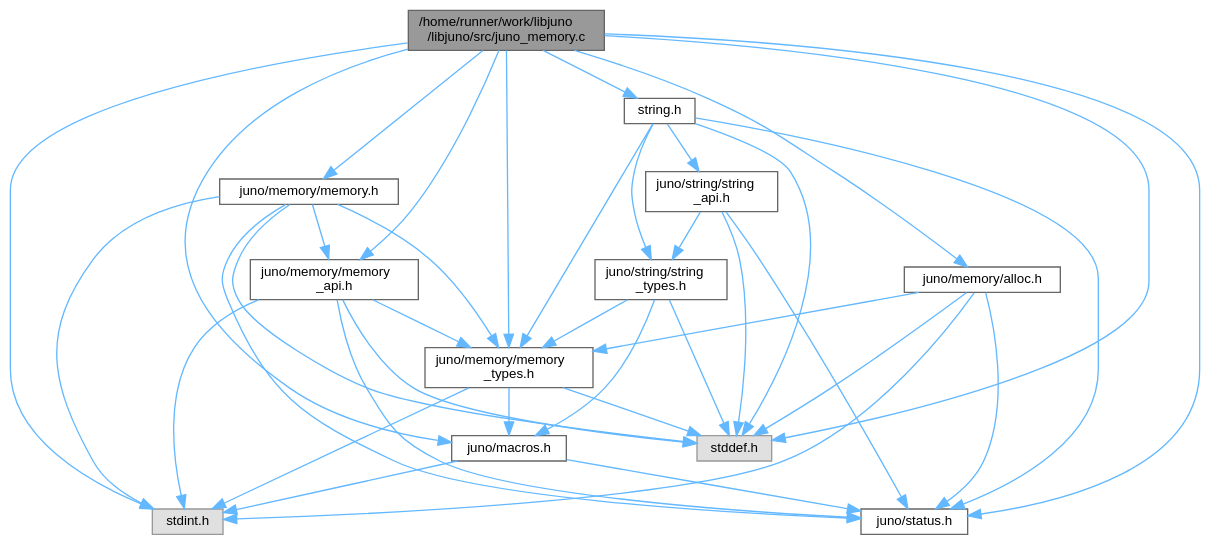
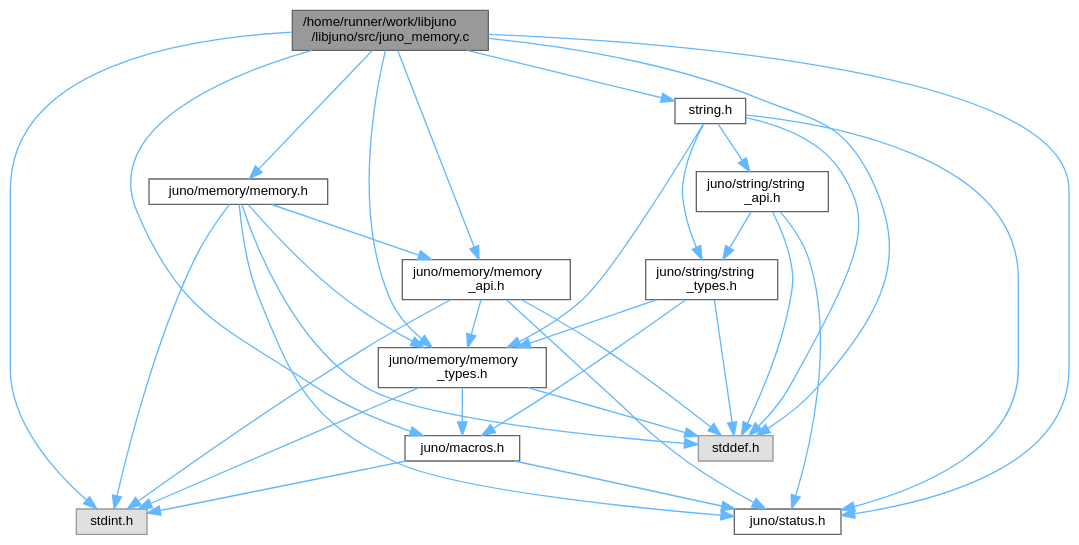
Before and after one commit to robinonsay/libjuno: the diagram in juno__memory_8c__incl.dot, drawn with Graphviz. The commit also changed 105 other files, not shown here.

```diff
--- a/juno__memory_8c__incl.dot
+++ b/juno__memory_8c__incl.dot
@@ -1,57 +1,51 @@
 digraph "/home/runner/work/libjuno/libjuno/src/juno_memory.c"
 {
  // LATEX_PDF_SIZE
   bgcolor="transparent";
   edge [fontname=Helvetica,fontsize=10,labelfontname=Helvetica,labelfontsize=10];
   node [fontname=Helvetica,fontsize=10,shape=box,height=0.2,width=0.4];
   Node1 [id="Node000001",label="/home/runner/work/libjuno\l/libjuno/src/juno_memory.c",height=0.2,width=0.4,color="gray40", fillcolor="grey60", style="filled", fontcolor="black",tooltip=" "];
   Node1 -> Node2 [id="edge1_Node000001_Node000002",color="steelblue1",style="solid",tooltip=" "];
   Node2 [id="Node000002",label="juno/macros.h",height=0.2,width=0.4,color="grey40", fillcolor="white", style="filled",URL="$macros_8h.html",tooltip=" "];
   Node2 -> Node3 [id="edge2_Node000002_Node000003",color="steelblue1",style="solid",tooltip=" "];
   Node3 [id="Node000003",label="juno/status.h",height=0.2,width=0.4,color="grey40", fillcolor="white", style="filled",URL="$status_8h.html",tooltip=" "];
   Node2 -> Node4 [id="edge3_Node000002_Node000004",color="steelblue1",style="solid",tooltip=" "];
   Node4 [id="Node000004",label="stdint.h",height=0.2,width=0.4,color="grey60", fillcolor="#E0E0E0", style="filled",tooltip=" "];
   Node1 -> Node5 [id="edge4_Node000001_Node000005",color="steelblue1",style="solid",tooltip=" "];
   Node5 [id="Node000005",label="juno/memory/memory.h",height=0.2,width=0.4,color="grey40", fillcolor="white", style="filled",URL="$memory_8h.html",tooltip=" "];
   Node5 -> Node6 [id="edge5_Node000005_Node000006",color="steelblue1",style="solid",tooltip=" "];
   Node6 [id="Node000006",label="juno/memory/memory\l_api.h",height=0.2,width=0.4,color="grey40", fillcolor="white", style="filled",URL="$memory__api_8h.html",tooltip=" "];
   Node6 -> Node3 [id="edge6_Node000006_Node000003",color="steelblue1",style="solid",tooltip=" "];
   Node6 -> Node7 [id="edge7_Node000006_Node000007",color="steelblue1",style="solid",tooltip=" "];
   Node7 [id="Node000007",label="stddef.h",height=0.2,width=0.4,color="grey60", fillcolor="#E0E0E0", style="filled",tooltip=" "];
   Node6 -> Node4 [id="edge8_Node000006_Node000004",color="steelblue1",style="solid",tooltip=" "];
   Node6 -> Node8 [id="edge9_Node000006_Node000008",color="steelblue1",style="solid",tooltip=" "];
   Node8 [id="Node000008",label="juno/memory/memory\l_types.h",height=0.2,width=0.4,color="grey40", fillcolor="white", style="filled",URL="$memory__types_8h.html",tooltip=" "];
   Node8 -> Node2 [id="edge10_Node000008_Node000002",color="steelblue1",style="solid",tooltip=" "];
   Node8 -> Node7 [id="edge11_Node000008_Node000007",color="steelblue1",style="solid",tooltip=" "];
   Node8 -> Node4 [id="edge12_Node000008_Node000004",color="steelblue1",style="solid",tooltip=" "];
   Node5 -> Node8 [id="edge13_Node000005_Node000008",color="steelblue1",style="solid",tooltip=" "];
   Node5 -> Node3 [id="edge14_Node000005_Node000003",color="steelblue1",style="solid",tooltip=" "];
   Node5 -> Node7 [id="edge15_Node000005_Node000007",color="steelblue1",style="solid",tooltip=" "];
   Node5 -> Node4 [id="edge16_Node000005_Node000004",color="steelblue1",style="solid",tooltip=" "];
   Node1 -> Node8 [id="edge17_Node000001_Node000008",color="steelblue1",style="solid",tooltip=" "];
-  Node1 -> Node9 [id="edge18_Node000001_Node000009",color="steelblue1",style="solid",tooltip=" "];
-  Node9 [id="Node000009",label="juno/memory/alloc.h",height=0.2,width=0.4,color="grey40", fillcolor="white", style="filled",URL="$alloc_8h.html",tooltip=" "];
-  Node9 -> Node8 [id="edge19_Node000009_Node000008",color="steelblue1",style="solid",tooltip=" "];
-  Node9 -> Node3 [id="edge20_Node000009_Node000003",color="steelblue1",style="solid",tooltip=" "];
-  Node9 -> Node7 [id="edge21_Node000009_Node000007",color="steelblue1",style="solid",tooltip=" "];
-  Node9 -> Node4 [id="edge22_Node000009_Node000004",color="steelblue1",style="solid",tooltip=" "];
-  Node1 -> Node6 [id="edge23_Node000001_Node000006",color="steelblue1",style="solid",tooltip=" "];
-  Node1 -> Node3 [id="edge24_Node000001_Node000003",color="steelblue1",style="solid",tooltip=" "];
-  Node1 -> Node7 [id="edge25_Node000001_Node000007",color="steelblue1",style="solid",tooltip=" "];
-  Node1 -> Node4 [id="edge26_Node000001_Node000004",color="steelblue1",style="solid",tooltip=" "];
-  Node1 -> Node10 [id="edge27_Node000001_Node000010",color="steelblue1",style="solid",tooltip=" "];
-  Node10 [id="Node000010",label="string.h",height=0.2,width=0.4,color="grey40", fillcolor="white", style="filled",URL="$string_8h.html",tooltip=" "];
-  Node10 -> Node8 [id="edge28_Node000010_Node000008",color="steelblue1",style="solid",tooltip=" "];
-  Node10 -> Node3 [id="edge29_Node000010_Node000003",color="steelblue1",style="solid",tooltip=" "];
-  Node10 -> Node11 [id="edge30_Node000010_Node000011",color="steelblue1",style="solid",tooltip=" "];
-  Node11 [id="Node000011",label="juno/string/string\l_api.h",height=0.2,width=0.4,color="grey40", fillcolor="white", style="filled",URL="$string__api_8h.html",tooltip=" "];
-  Node11 -> Node3 [id="edge31_Node000011_Node000003",color="steelblue1",style="solid",tooltip=" "];
-  Node11 -> Node7 [id="edge32_Node000011_Node000007",color="steelblue1",style="solid",tooltip=" "];
-  Node11 -> Node12 [id="edge33_Node000011_Node000012",color="steelblue1",style="solid",tooltip=" "];
-  Node12 [id="Node000012",label="juno/string/string\l_types.h",height=0.2,width=0.4,color="grey40", fillcolor="white", style="filled",URL="$string__types_8h.html",tooltip=" "];
-  Node12 -> Node2 [id="edge34_Node000012_Node000002",color="steelblue1",style="solid",tooltip=" "];
-  Node12 -> Node8 [id="edge35_Node000012_Node000008",color="steelblue1",style="solid",tooltip=" "];
-  Node12 -> Node7 [id="edge36_Node000012_Node000007",color="steelblue1",style="solid",tooltip=" "];
-  Node10 -> Node7 [id="edge37_Node000010_Node000007",color="steelblue1",style="solid",tooltip=" "];
-  Node10 -> Node12 [id="edge38_Node000010_Node000012",color="steelblue1",style="solid",tooltip=" "];
+  Node1 -> Node6 [id="edge18_Node000001_Node000006",color="steelblue1",style="solid",tooltip=" "];
+  Node1 -> Node3 [id="edge19_Node000001_Node000003",color="steelblue1",style="solid",tooltip=" "];
+  Node1 -> Node7 [id="edge20_Node000001_Node000007",color="steelblue1",style="solid",tooltip=" "];
+  Node1 -> Node4 [id="edge21_Node000001_Node000004",color="steelblue1",style="solid",tooltip=" "];
+  Node1 -> Node9 [id="edge22_Node000001_Node000009",color="steelblue1",style="solid",tooltip=" "];
+  Node9 [id="Node000009",label="string.h",height=0.2,width=0.4,color="grey40", fillcolor="white", style="filled",URL="$string_8h.html",tooltip=" "];
+  Node9 -> Node8 [id="edge23_Node000009_Node000008",color="steelblue1",style="solid",tooltip=" "];
+  Node9 -> Node3 [id="edge24_Node000009_Node000003",color="steelblue1",style="solid",tooltip=" "];
+  Node9 -> Node10 [id="edge25_Node000009_Node000010",color="steelblue1",style="solid",tooltip=" "];
+  Node10 [id="Node000010",label="juno/string/string\l_api.h",height=0.2,width=0.4,color="grey40", fillcolor="white", style="filled",URL="$string__api_8h.html",tooltip=" "];
+  Node10 -> Node3 [id="edge26_Node000010_Node000003",color="steelblue1",style="solid",tooltip=" "];
+  Node10 -> Node7 [id="edge27_Node000010_Node000007",color="steelblue1",style="solid",tooltip=" "];
+  Node10 -> Node11 [id="edge28_Node000010_Node000011",color="steelblue1",style="solid",tooltip=" "];
+  Node11 [id="Node000011",label="juno/string/string\l_types.h",height=0.2,width=0.4,color="grey40", fillcolor="white", style="filled",URL="$string__types_8h.html",tooltip=" "];
+  Node11 -> Node2 [id="edge29_Node000011_Node000002",color="steelblue1",style="solid",tooltip=" "];
+  Node11 -> Node8 [id="edge30_Node000011_Node000008",color="steelblue1",style="solid",tooltip=" "];
+  Node11 -> Node7 [id="edge31_Node000011_Node000007",color="steelblue1",style="solid",tooltip=" "];
+  Node9 -> Node7 [id="edge32_Node000009_Node000007",color="steelblue1",style="solid",tooltip=" "];
+  Node9 -> Node11 [id="edge33_Node000009_Node000011",color="steelblue1",style="solid",tooltip=" "];
 }
```
